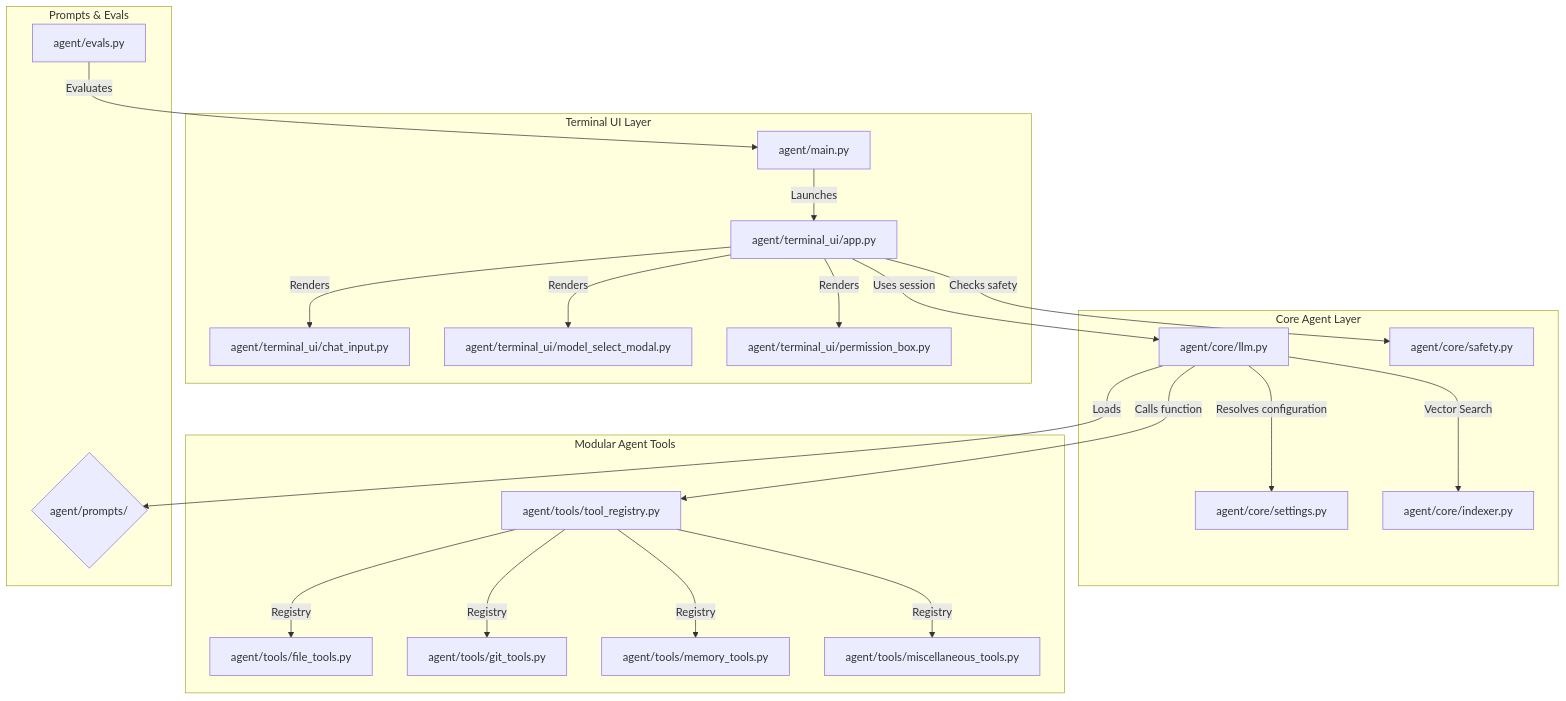
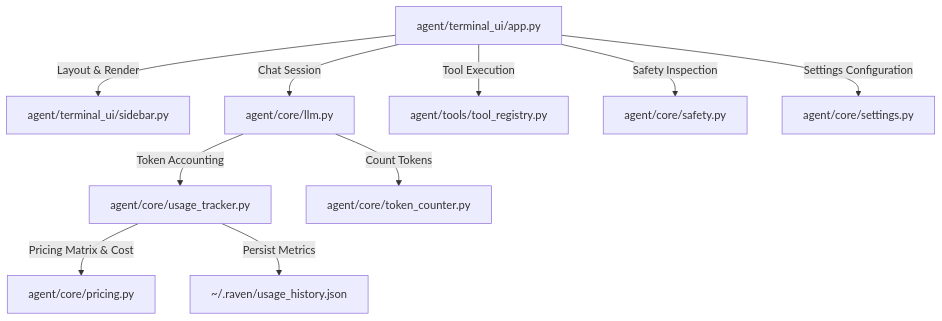
One commit to revanth332/raven-cli-agent changed the diagram in architecture.md. Above: the diagram before and after it, drawn with Mermaid. The commit also changed other lines of this file and 8 other files, not shown here.

Commit message:
implement token, context, and cost consumption tracking with sidebar tui component

````diff
--- a/architecture.md
+++ b/architecture.md
@@ -5,29 +5,12 @@
  ```mermaid
 graph TD
-    subgraph UI_Layer [Terminal UI Layer]
-        Main[agent/main.py] -->|Launches| TUI[agent/terminal_ui/app.py]
-        TUI -->|Renders| Input[agent/terminal_ui/chat_input.py]
-        TUI -->|Renders| ModelSelect[agent/terminal_ui/model_select_modal.py]
-        TUI -->|Renders| PermBox[agent/terminal_ui/permission_box.py]
-    end
-
-    subgraph Core_Layer [Core Agent Layer]
-        TUI -->|Uses session| LLM[agent/core/llm.py]
-        LLM -->|Resolves configuration| Settings[agent/core/settings.py]
-        TUI -->|Checks safety| Safety[agent/core/safety.py]
-        LLM -->|Vector Search| Indexer[agent/core/indexer.py]
-    end
-
-    subgraph Tools_Layer [Modular Agent Tools]
-        LLM -->|Calls function| ToolRegistry[agent/tools/tool_registry.py]
-        ToolRegistry -->|Registry| FileTools[agent/tools/file_tools.py]
-        ToolRegistry -->|Registry| GitTools[agent/tools/git_tools.py]
-        ToolRegistry -->|Registry| MemoryTools[agent/tools/memory_tools.py]
-        ToolRegistry -->|Registry| MiscTools[agent/tools/miscellaneous_tools.py]
-    end
-
-    subgraph Prompt_Layer [Prompts & Evals]
-        LLM -->|Loads| Prompts{agent/prompts/}
-        Evals[agent/evals.py] -->|Evaluates| Main
-    end
+    App[agent/terminal_ui/app.py] -->|Layout & Render| Sidebar[agent/terminal_ui/sidebar.py]
+    App -->|Chat Session| LLM[agent/core/llm.py]
+    LLM -->|Token Accounting| Tracker[agent/core/usage_tracker.py]
+    LLM -->|Count Tokens| Counter[agent/core/token_counter.py]
+    Tracker -->|Pricing Matrix & Cost| Pricing[agent/core/pricing.py]
+    Tracker -->|Persist Metrics| History[~/.raven/usage_history.json]
+    App -->|Tool Execution| Registry[agent/tools/tool_registry.py]
+    App -->|Safety Inspection| Safety[agent/core/safety.py]
+    App -->|Settings Configuration| Settings[agent/core/settings.py]
 ```
````
